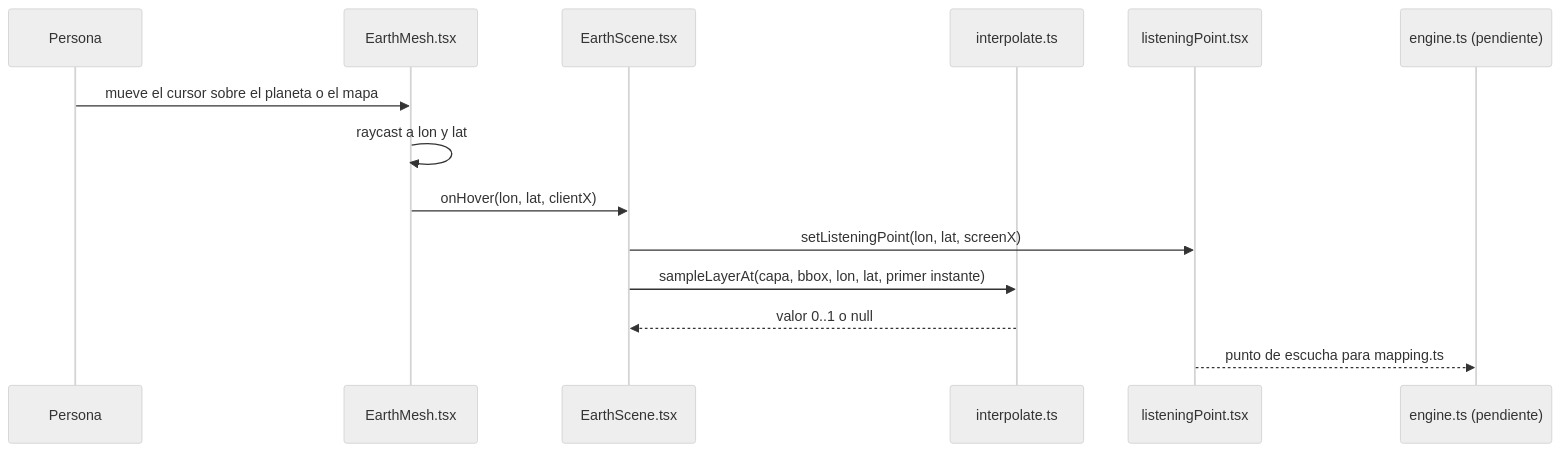
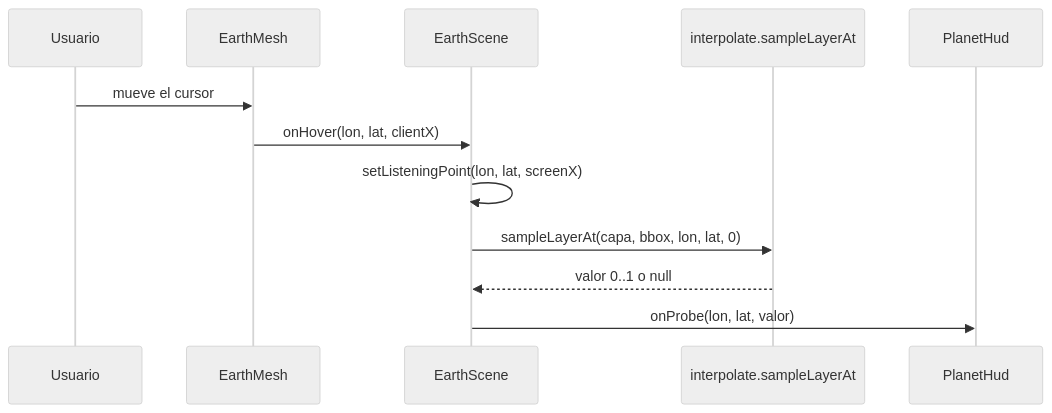
The third of 3 diagrams in aidlc/spaces/default/codekb/Nasa-Challenge/architecture.md (AndresNavarrom/Nasa-Challenge), drawn with Mermaid (neutral theme) before and after one commit. The commit also changed other lines of this file and 8 other files, not shown here.

````diff
--- a/aidlc/spaces/default/codekb/Nasa-Challenge/architecture.md
+++ b/aidlc/spaces/default/codekb/Nasa-Challenge/architecture.md
@@ -110,16 +81,14 @@
 ```mermaid
 sequenceDiagram
-  participant User as Persona
-  participant Mesh as EarthMesh.tsx
-  participant Scene as EarthScene.tsx
-  participant Interp as interpolate.ts
-  participant LP as listeningPoint.tsx
-  participant Engine as engine.ts (pendiente)
-  User->>Mesh: mueve el cursor sobre el planeta o el mapa
-  Mesh->>Mesh: raycast a lon y lat
-  Mesh->>Scene: onHover(lon, lat, clientX)
-  Scene->>LP: setListeningPoint(lon, lat, screenX)
-  Scene->>Interp: sampleLayerAt(capa, bbox, lon, lat, primer instante)
-  Interp-->>Scene: valor 0..1 o null
-  LP-->>Engine: punto de escucha para mapping.ts
+  participant U as Usuario
+  participant M as EarthMesh
+  participant S as EarthScene
+  participant I as interpolate.sampleLayerAt
+  participant H as PlanetHud
+  U->>M: mueve el cursor
+  M->>S: onHover(lon, lat, clientX)
+  S->>S: setListeningPoint(lon, lat, screenX)
+  S->>I: sampleLayerAt(capa, bbox, lon, lat, 0)
+  I-->>S: valor 0..1 o null
+  S->>H: onProbe(lon, lat, valor)
 ```
````
